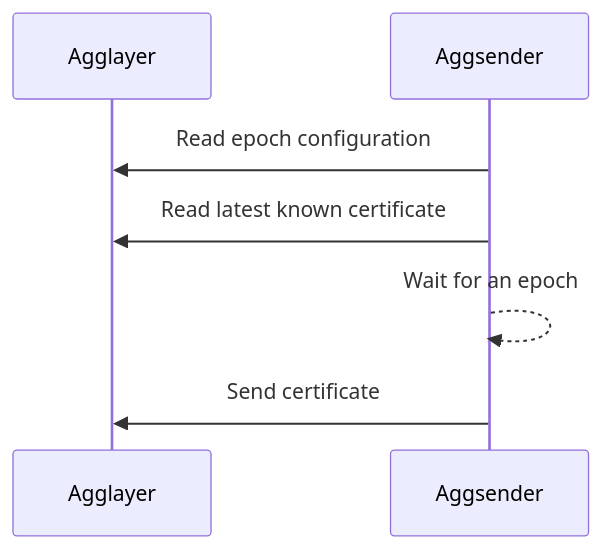
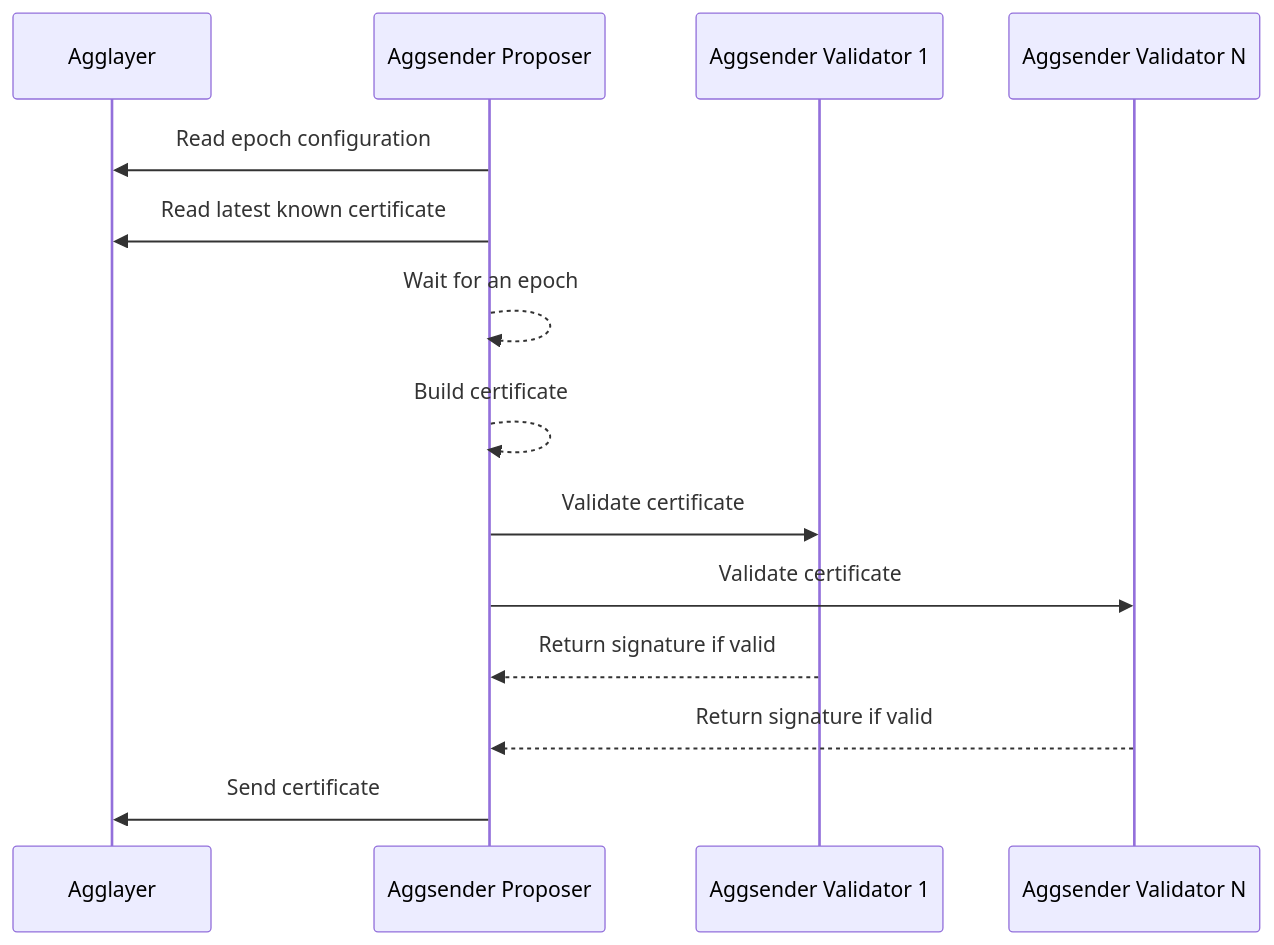
Before and after one commit to agglayer/aggkit: the first of 3 diagrams in docs/aggsender.md, drawn with Mermaid. The commit also changed other lines of this file and 1 other file, not shown here.

````diff
--- a/docs/aggsender.md
+++ b/docs/aggsender.md
@@ -22,10 +30,17 @@
 ```mermaid
 sequenceDiagram
     participant Agglayer
-    participant Aggsender
+    participant Aggsender Proposer
+    participant Aggsender Validator 1
+    participant Aggsender Validator N
 
-    Aggsender->>Agglayer: Read epoch configuration
-    Aggsender->>Agglayer: Read latest known certificate
-    Aggsender-->>Aggsender: Wait for an epoch
-    Aggsender->>Agglayer: Send certificate
+    Aggsender Proposer->>Agglayer: Read epoch configuration
+    Aggsender Proposer->>Agglayer: Read latest known certificate
+    Aggsender Proposer-->>Aggsender Proposer: Wait for an epoch
+    Aggsender Proposer-->>Aggsender Proposer: Build certificate
+    Aggsender Proposer->>Aggsender Validator 1: Validate certificate
+    Aggsender Proposer->>Aggsender Validator N: Validate certificate
+    Aggsender Validator 1-->>Aggsender Proposer: Return signature if valid
+    Aggsender Validator N-->>Aggsender Proposer: Return signature if valid
+    Aggsender Proposer->>Agglayer: Send certificate
 ```
````
